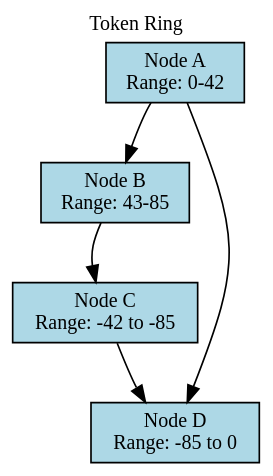
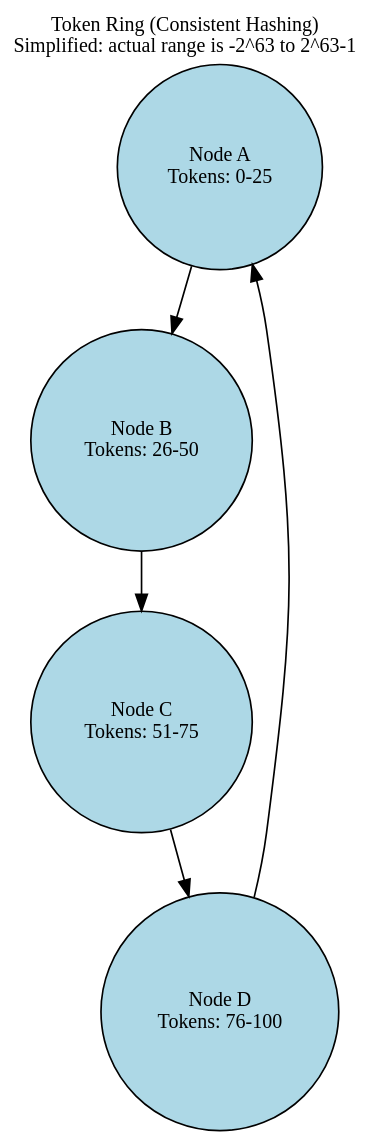
Before and after one commit to axonops/documentation: the second of 5 diagrams in docs/cassandra/architecture/index.md, drawn with Graphviz. The commit also changed other lines of this file and 27 other files, not shown here.

````diff
--- a/docs/cassandra/architecture/index.md
+++ b/docs/cassandra/architecture/index.md
@@ -58,24 +83,23 @@
-```graphviz neato tokenring.svg
+```graphviz circo tokenring.svg
 digraph TokenRing {
     bgcolor="transparent"
-    splines=curved
     graph [fontname="Roboto Flex", fontsize=12]
     node [fontname="Roboto Flex", fontsize=12]
     edge [fontname="Roboto Flex", fontsize=12]
 
-    node [shape=box, style=filled, fillcolor=lightblue]
+    node [shape=circle, style=filled, fillcolor=lightblue]
 
-    A [label="Node A\nRange: 0-42", pos="1,2!"]
-    B [label="Node B\nRange: 43-85", pos="2,1!"]
-    C [label="Node C\nRange: -42 to -85", pos="1,0!"]
-    D [label="Node D\nRange: -85 to 0", pos="0,1!"]
+    A [label="Node A\nTokens: 0-25"]
+    B [label="Node B\nTokens: 26-50"]
+    C [label="Node C\nTokens: 51-75"]
+    D [label="Node D\nTokens: 76-100"]
 
     A -> B
     B -> C
     C -> D
     D -> A
 
     labelloc="t"
-    label="Token Ring"
+    label="Token Ring (Consistent Hashing)\nSimplified: actual range is -2^63 to 2^63-1"
 }
 ```
````
